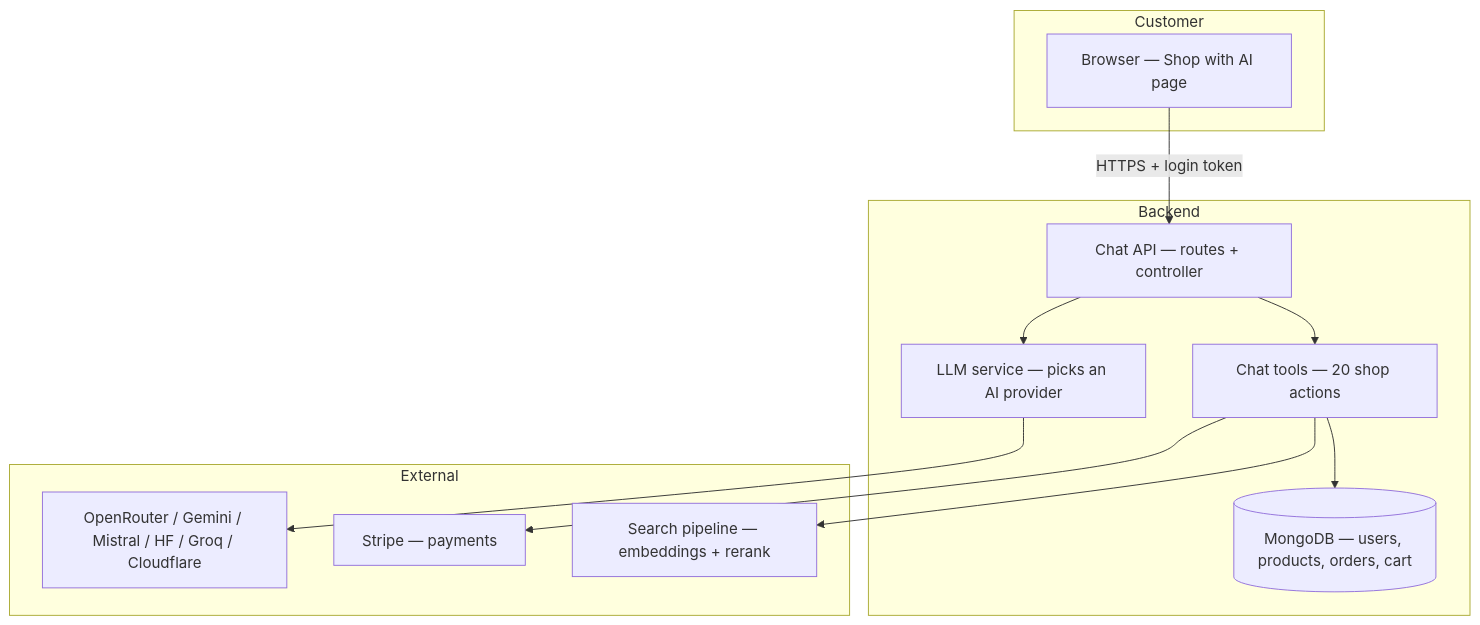
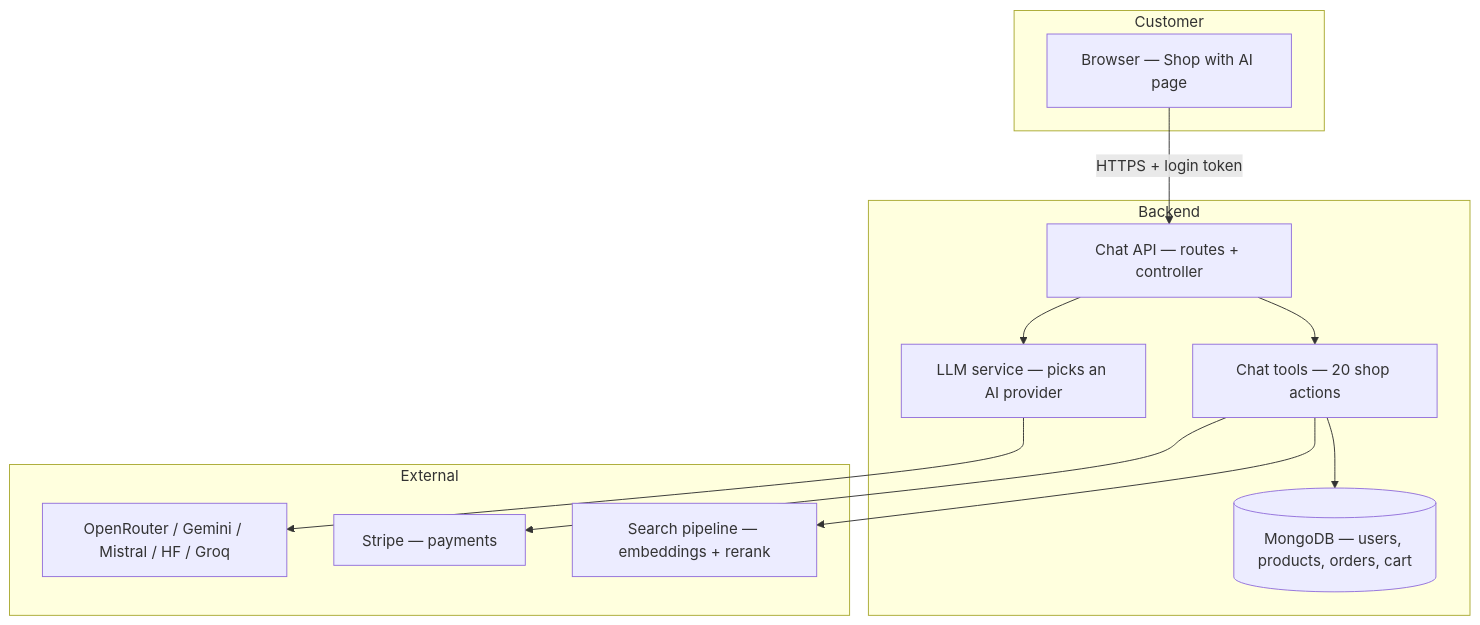
The first of 2 diagrams in Backend/docs/Chatbot.md (VvSdC/ShopAI), drawn with Mermaid before and after one commit. The commit also changed other lines of this file and 6 other files, not shown here.

````diff
--- a/Backend/docs/Chatbot.md
+++ b/Backend/docs/Chatbot.md
@@ -36,27 +36,27 @@
 ```mermaid
 flowchart TB
   subgraph Customer
     A[Browser — Shop with AI page]
   end
 
   subgraph Backend
     B[Chat API — routes + controller]
     C[LLM service — picks an AI provider]
     D[Chat tools — 20 shop actions]
     E[(MongoDB — users, products, orders, cart)]
   end
 
   subgraph External
-    F[OpenRouter / Gemini / Mistral / HF / Groq / Cloudflare]
+    F[OpenRouter / Gemini / Mistral / HF / Groq]
     G[Stripe — payments]
     H[Search pipeline — embeddings + rerank]
   end
 
   A -->|HTTPS + login token| B
   B --> C
   C --> F
   B --> D
   D --> E
   D --> H
   D --> G
 ```
````
